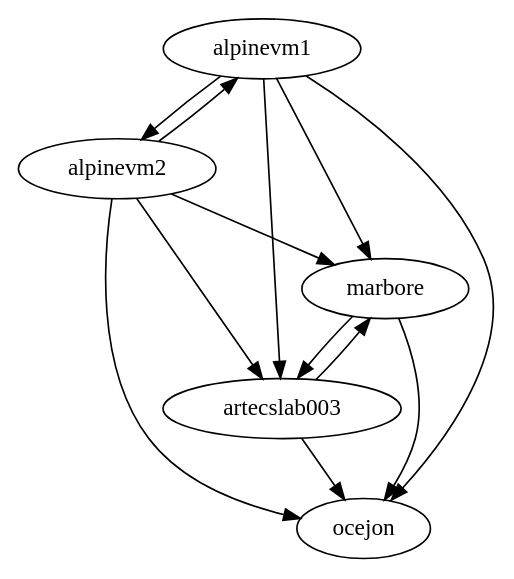
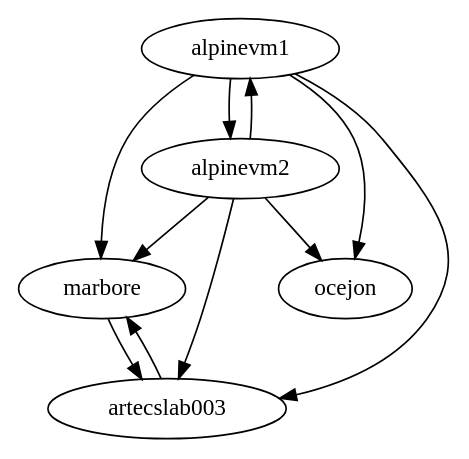
The diagram in triton-endpoint-controller/tservice_controller/input.dot (gulis1/planificacion-inferencia-edge), drawn with Graphviz before and after one commit. The commit also changed 8 other files, not shown here.

```diff
--- a/triton-endpoint-controller/tservice_controller/input.dot
+++ b/triton-endpoint-controller/tservice_controller/input.dot
@@ -1,17 +1,17 @@
 digraph G {
   marbore -> artecslab003
-  marbore -> ocejon
+  //marbore -> ocejon
 
   artecslab003 -> marbore
-  artecslab003 -> ocejon
+  //artecslab003 -> ocejon
   
   alpinevm1 -> marbore
   alpinevm1 -> ocejon
   alpinevm1 -> artecslab003
   alpinevm1 -> alpinevm2
   
   alpinevm2 -> marbore
   alpinevm2 -> ocejon
   alpinevm2 -> artecslab003
   alpinevm2 -> alpinevm1
 }
```
